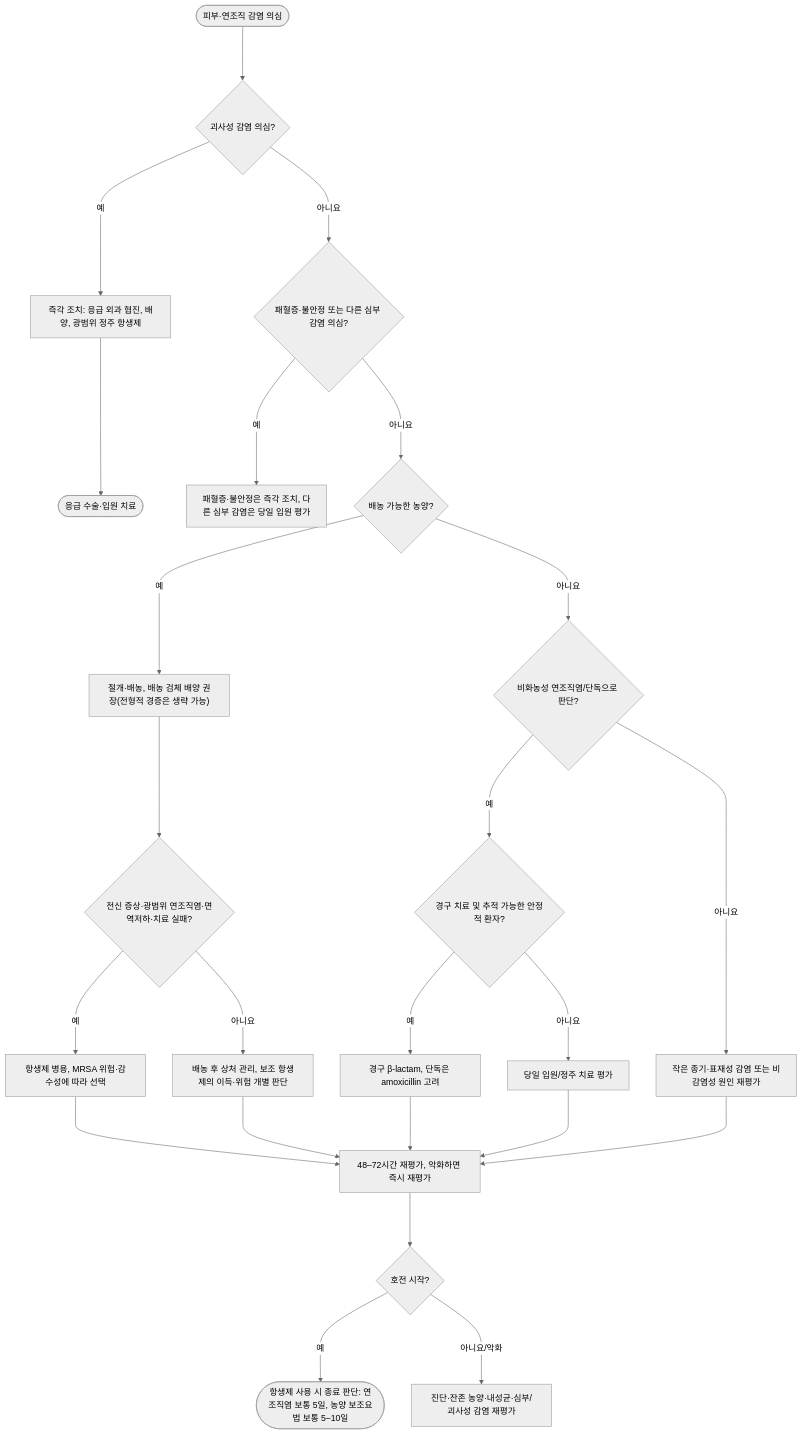
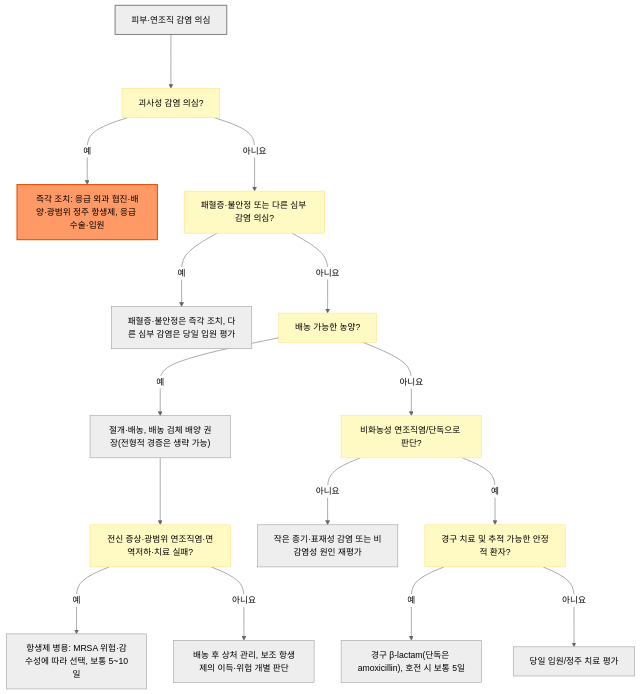
Before and after one commit to familyoh77/familyoh77: the diagram in 229_/165_-skin-soft-tissue-infection.md, drawn with Mermaid (neutral theme). The commit also changed other lines of this file and 16 other files, not shown here.

````diff
--- a/229_/165_-skin-soft-tissue-infection.md
+++ b/229_/165_-skin-soft-tissue-infection.md
@@ -183,26 +180,22 @@
 ```mermaid
 flowchart TD
-    A(["피부·연조직 감염 의심"]) ---> B{"괴사성 감염 의심?"}
-    B -- "예" ---> C["즉각 조치: 응급 외과 협진, 배양, 광범위 정주 항생제"]
-    C ---> D(["응급 수술·입원 치료"])
-    B -- "아니요" ---> E{"패혈증·불안정 또는 다른 심부 감염 의심?"}
+    A["피부·연조직 감염 의심"] ---> B["괴사성 감염 의심?"]
+    B -- "예" ---> C["즉각 조치: 응급 외과 협진·배양·광범위 정주 항생제, 응급 수술·입원"]
+    B -- "아니요" ---> E["패혈증·불안정 또는 다른 심부 감염 의심?"]
     E -- "예" ---> F["패혈증·불안정은 즉각 조치, 다른 심부 감염은 당일 입원 평가"]
-    E -- "아니요" ---> G{"배농 가능한 농양?"}
+    E -- "아니요" ---> G["배농 가능한 농양?"]
     G -- "예" ---> H["절개·배농, 배농 검체 배양 권장(전형적 경증은 생략 가능)"]
-    H ---> I{"전신 증상·광범위 연조직염·면역저하·치료 실패?"}
-    I -- "예" ---> J["항생제 병용, MRSA 위험·감수성에 따라 선택"]
+    H ---> I["전신 증상·광범위 연조직염·면역저하·치료 실패?"]
+    I -- "예" ---> J["항생제 병용: MRSA 위험·감수성에 따라 선택, 보통 5~10일"]
     I -- "아니요" ---> K["배농 후 상처 관리, 보조 항생제의 이득·위험 개별 판단"]
-    G -- "아니요" ---> L{"비화농성 연조직염/단독으로 판단?"}
+    G -- "아니요" ---> L["비화농성 연조직염/단독으로 판단?"]
     L -- "아니요" ---> M["작은 종기·표재성 감염 또는 비감염성 원인 재평가"]
-    L -- "예" ---> N{"경구 치료 및 추적 가능한 안정적 환자?"}
-    N -- "예" ---> O["경구 β-lactam, 단독은 amoxicillin 고려"]
+    L -- "예" ---> N["경구 치료 및 추적 가능한 안정적 환자?"]
+    N -- "예" ---> O["경구 β-lactam(단독은 amoxicillin), 호전 시 보통 5일"]
     N -- "아니요" ---> P["당일 입원/정주 치료 평가"]
-    J ---> Q["48–72시간 재평가, 악화하면 즉시 재평가"]
-    K ---> Q
-    O ---> Q
-    P ---> Q
-    M ---> Q
-    Q ---> R{"호전 시작?"}
-    R -- "예" ---> S(["항생제 사용 시 종료 판단: 연조직염 보통 5일, 농양 보조요법 보통 5–10일"])
-    R -- "아니요/악화" ---> T["진단·잔존 농양·내성균·심부/괴사성 감염 재평가"]
+
+    classDef question fill:#fff9c4,stroke:#ffe082
+    class B,E,G,I,L,N question
+    style A fill:#eeeeee,stroke:#888888,stroke-width:2px
+    style C fill:#f96,stroke:#e65100,stroke-width:2px
 ```
````
